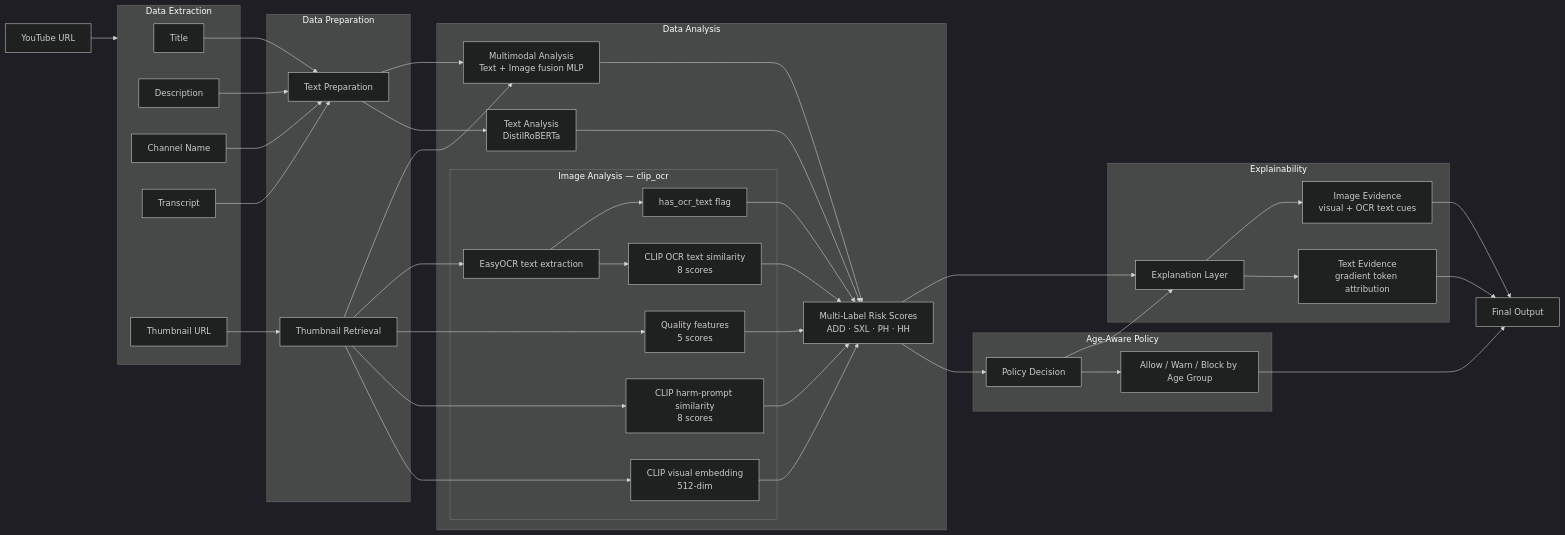
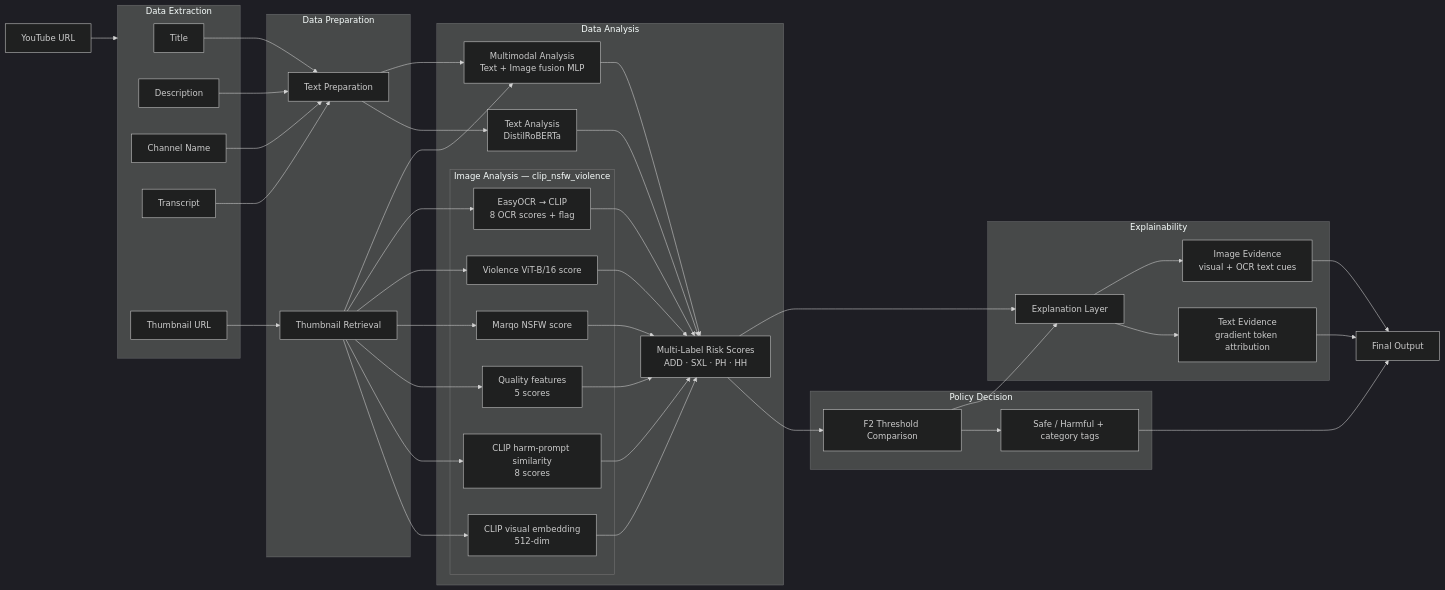
The second of 3 diagrams in SYSTEM_DIAGRAM.md (ffigai/GuardAI-Kids), drawn with Mermaid (dark theme) before and after one commit. The commit also changed other lines of this file and 22 other files, not shown here.

```diff
--- a/SYSTEM_DIAGRAM.md
+++ b/SYSTEM_DIAGRAM.md
@@ -104,13 +105,13 @@
     subgraph D[Data Analysis]
         D1[Text Analysis<br/>DistilRoBERTa]
 
-        subgraph D2[Image Analysis — clip_ocr]
+        subgraph D2[Image Analysis — clip_nsfw_violence]
             D2a[CLIP visual embedding<br/>512-dim]
             D2b[CLIP harm-prompt similarity<br/>8 scores]
             D2c[Quality features<br/>5 scores]
-            D2d[EasyOCR text extraction]
-            D2e[CLIP OCR text similarity<br/>8 scores]
-            D2f[has_ocr_text flag]
+            D2d[Marqo NSFW score]
+            D2e[Violence ViT-B/16 score]
+            D2f[EasyOCR → CLIP<br/>8 OCR scores + flag]
         end
 
         D3[Multimodal Analysis<br/>Text + Image fusion MLP]
@@ -122,8 +123,8 @@
     C2 --> D2b
     C2 --> D2c
     C2 --> D2d
-    D2d --> D2e
-    D2d --> D2f
+    C2 --> D2e
+    C2 --> D2f
     C1 --> D3
     C2 --> D3
 
@@ -131,13 +132,14 @@
     D2a --> D4
     D2b --> D4
     D2c --> D4
+    D2d --> D4
     D2e --> D4
     D2f --> D4
     D3 --> D4
 
-    subgraph E[Age-Aware Policy]
-        E1[Policy Decision]
-        E2[Allow / Warn / Block by Age Group]
+    subgraph E[Policy Decision]
+        E1[F2 Threshold Comparison]
+        E2[Safe / Harmful + category tags]
     end
 
     D4 --> E1
```
